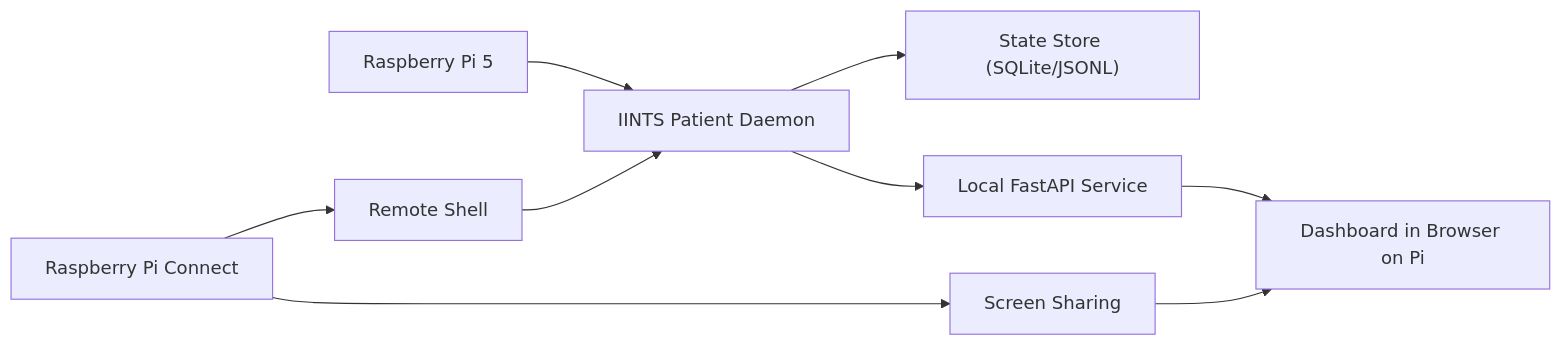
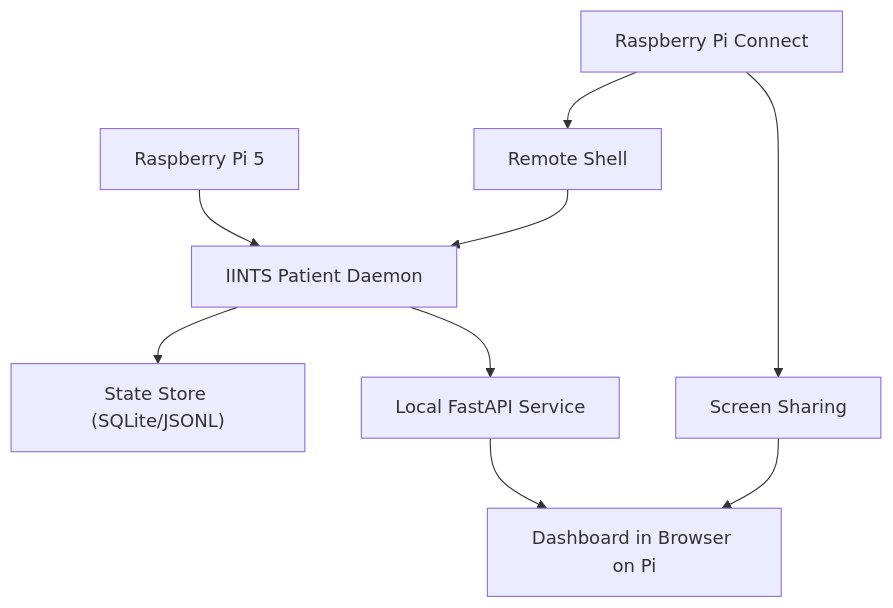
Before and after one commit to python35/IINTS-SDK: the diagram in docs/EDGE_HARDWARE.md, drawn with Mermaid. The commit also changed other lines of this file and 9 other files, not shown here.

````diff
--- a/docs/EDGE_HARDWARE.md
+++ b/docs/EDGE_HARDWARE.md
@@ -88,11 +80,11 @@
 ```mermaid
-flowchart LR
+flowchart TD
     A["Raspberry Pi 5"] --> B["IINTS Patient Daemon"]
     B --> C["State Store (SQLite/JSONL)"]
     B --> D["Local FastAPI Service"]
     D --> E["Dashboard in Browser on Pi"]
     F["Raspberry Pi Connect"] --> G["Remote Shell"]
     F --> H["Screen Sharing"]
     G --> B
     H --> E
 ```
````
